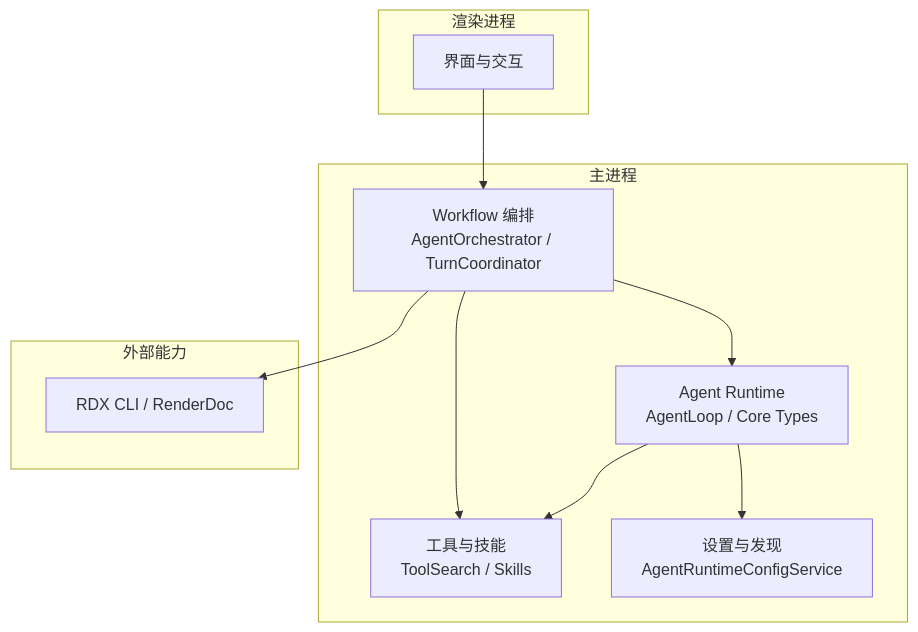
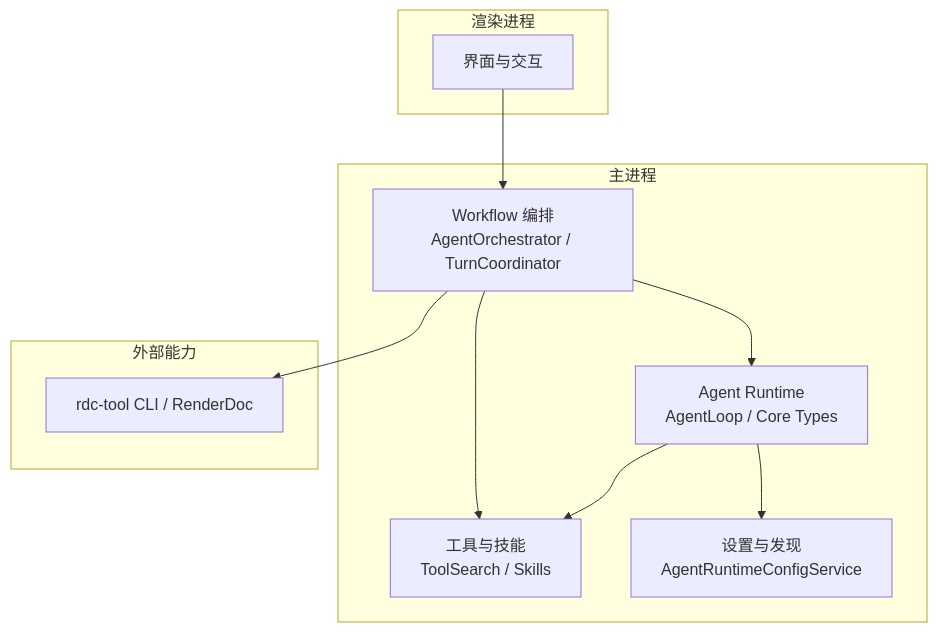
One commit to haolange/RDC-Agent changed the first of 6 diagrams in .qoder/repowiki/zh/content/扩展开发/自定义 Agent 开发/Agent 开发示例.md. Above: the diagram before and after it, drawn with Mermaid. The commit also changed other lines of this file and 557 other files, not shown here.

First line of the commit message:
Unify RDC-Agent identity and canonical RDC-Tool integration

````diff
--- a/.qoder/repowiki/zh/content/扩展开发/自定义 Agent 开发/Agent 开发示例.md
+++ b/.qoder/repowiki/zh/content/扩展开发/自定义 Agent 开发/Agent 开发示例.md
@@ -41,21 +41,21 @@
 ```mermaid
 graph TB
 subgraph "主进程"
 A["Agent Runtime<br/>AgentLoop / Core Types"]
 B["Workflow 编排<br/>AgentOrchestrator / TurnCoordinator"]
 C["工具与技能<br/>ToolSearch / Skills"]
 D["设置与发现<br/>AgentRuntimeConfigService"]
 end
 subgraph "渲染进程"
 E["界面与交互"]
 end
 subgraph "外部能力"
-F["RDX CLI / RenderDoc"]
+F["rdc-tool CLI / RenderDoc"]
 end
 E --> B
 B --> A
 A --> C
 B --> C
 A --> D
 B --> F
 ```
````
